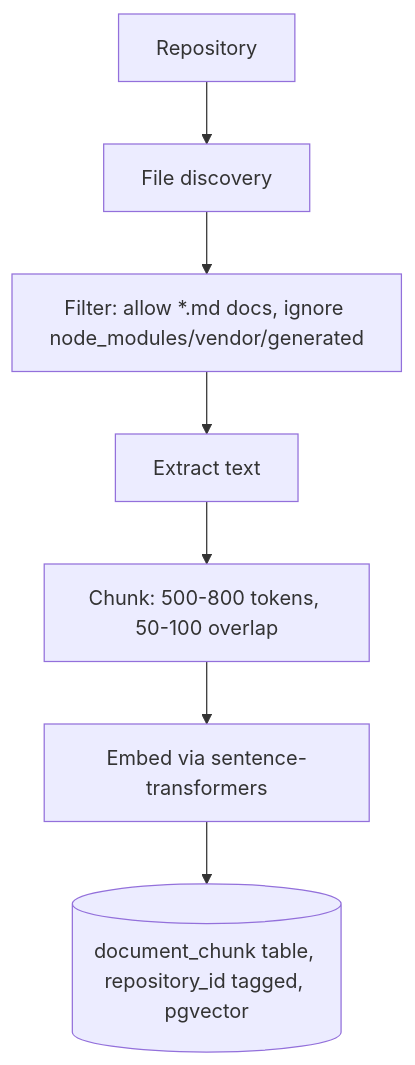
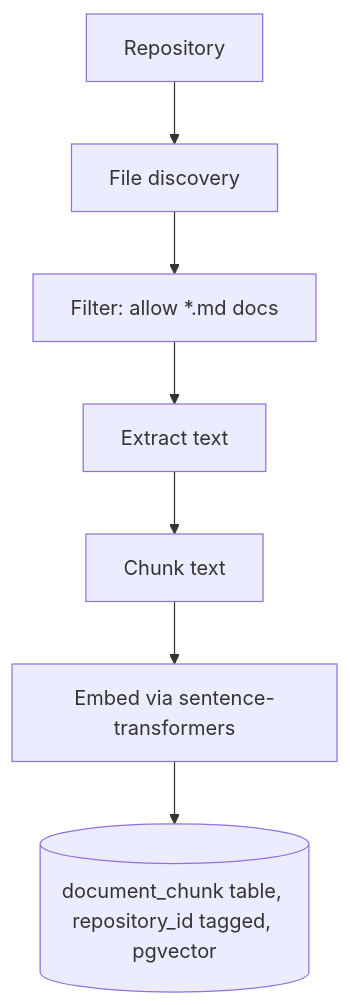
One commit to harshita20045/Repo-Mind- changed the fourth of 5 diagrams in Docs/02-architecture/system-architecture.md. Above: the diagram before and after it, drawn with Mermaid. The commit also changed other lines of this file and 8 other files, not shown here.

````diff
--- a/Docs/02-architecture/system-architecture.md
+++ b/Docs/02-architecture/system-architecture.md
@@ -119,9 +86,9 @@
 ```mermaid
 flowchart TB
     Repo[Repository] --> Discover[File discovery]
-    Discover --> Filter["Filter: allow *.md docs, ignore node_modules/vendor/generated"]
+    Discover --> Filter["Filter: allow *.md docs"]
     Filter --> Extract[Extract text]
-    Extract --> Chunk["Chunk: 500-800 tokens, 50-100 overlap"]
+    Extract --> Chunk["Chunk text"]
     Chunk --> Embed[Embed via sentence-transformers]
     Embed --> Store[(document_chunk table, repository_id tagged, pgvector)]
 ```
````
